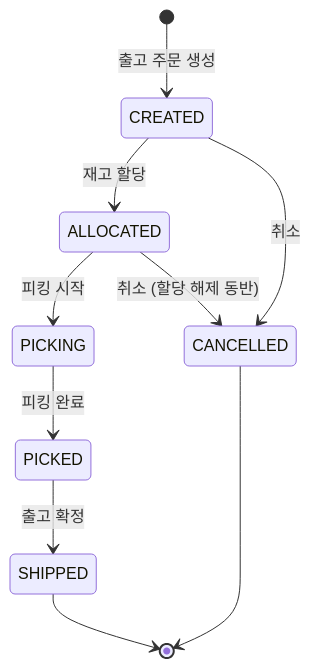
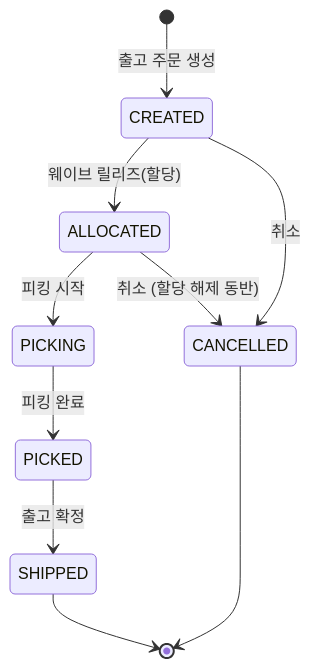
The third of 3 diagrams in docs/design.md (jhogunhee/logistics-back), drawn with Mermaid before and after one commit. The commit also changed other lines of this file and 2 other files, not shown here.

````diff
--- a/docs/design.md
+++ b/docs/design.md
@@ -48,12 +75,12 @@
 ```mermaid
 stateDiagram-v2
     [*] --> CREATED : 출고 주문 생성
-    CREATED --> ALLOCATED : 재고 할당
+    CREATED --> ALLOCATED : 웨이브 릴리즈(할당)
     CREATED --> CANCELLED : 취소
     ALLOCATED --> PICKING : 피킹 시작
     ALLOCATED --> CANCELLED : 취소 (할당 해제 동반)
     PICKING --> PICKED : 피킹 완료
     PICKED --> SHIPPED : 출고 확정
     SHIPPED --> [*]
     CANCELLED --> [*]
 ```
````
